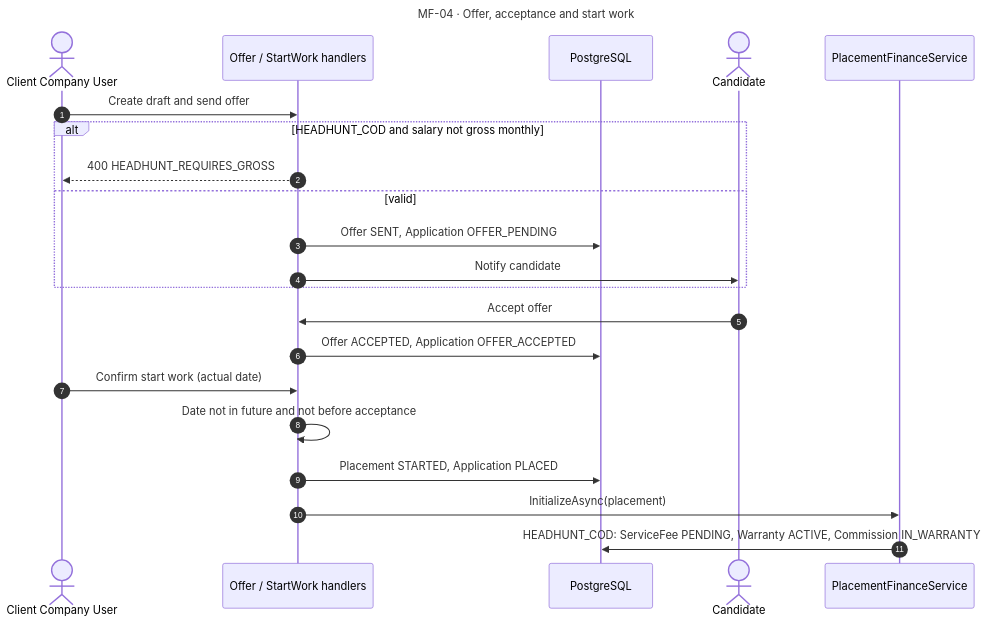
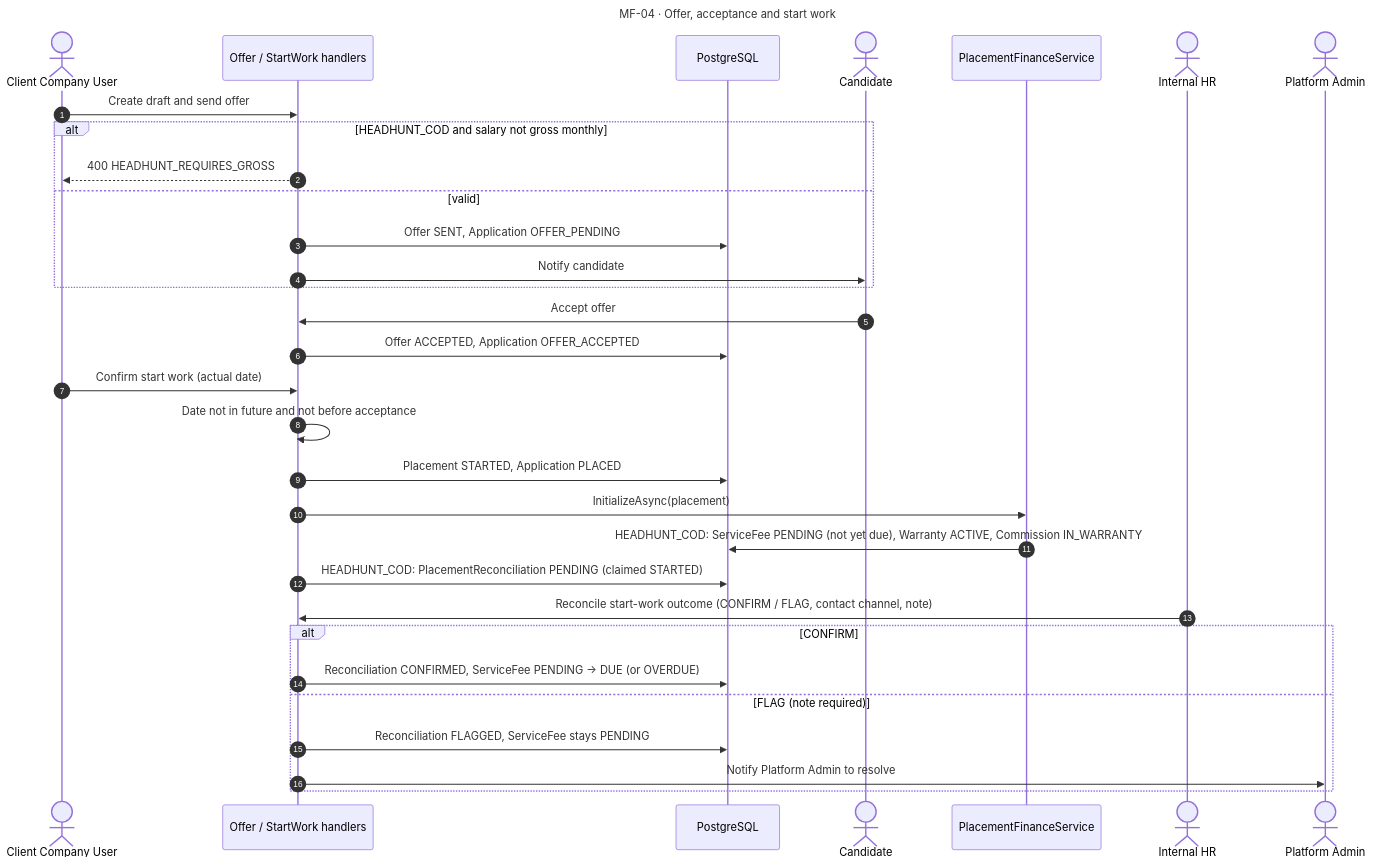
One commit to hoangqui794/hr-connect changed the diagram in docs/diagrams/sequences/source/seq-mf04-offer-start-work.mmd. Above: the diagram before and after it, drawn with Mermaid. The commit also changed 20 other files, not shown here.

First line of the commit message:
docs(diagrams): add placement reconciliation to MF-04/MF-05 diagrams and Report 4

```diff
--- a/docs/diagrams/sequences/source/seq-mf04-offer-start-work.mmd
+++ b/docs/diagrams/sequences/source/seq-mf04-offer-start-work.mmd
@@ -1,24 +1,34 @@
 ---
 title: MF-04 · Offer, acceptance and start work
 ---
 sequenceDiagram
   autonumber
   actor CL as Client Company User
   participant H as Offer / StartWork handlers
   participant DB as PostgreSQL
   actor CA as Candidate
   participant F as PlacementFinanceService
+  actor HR as Internal HR
+  actor AD as Platform Admin
   CL->>H: Create draft and send offer
   alt HEADHUNT_COD and salary not gross monthly
   H-->>CL: 400 HEADHUNT_REQUIRES_GROSS
   else valid
   H->>DB: Offer SENT, Application OFFER_PENDING
   H->>CA: Notify candidate
   end
   CA->>H: Accept offer
   H->>DB: Offer ACCEPTED, Application OFFER_ACCEPTED
   CL->>H: Confirm start work (actual date)
   H->>H: Date not in future and not before acceptance
   H->>DB: Placement STARTED, Application PLACED
   H->>F: InitializeAsync(placement)
-  F->>DB: HEADHUNT_COD: ServiceFee PENDING, Warranty ACTIVE, Commission IN_WARRANTY
+  F->>DB: HEADHUNT_COD: ServiceFee PENDING (not yet due), Warranty ACTIVE, Commission IN_WARRANTY
+  H->>DB: HEADHUNT_COD: PlacementReconciliation PENDING (claimed STARTED)
+  HR->>H: Reconcile start-work outcome (CONFIRM / FLAG, contact channel, note)
+  alt CONFIRM
+  H->>DB: Reconciliation CONFIRMED, ServiceFee PENDING → DUE (or OVERDUE)
+  else FLAG (note required)
+  H->>DB: Reconciliation FLAGGED, ServiceFee stays PENDING
+  H->>AD: Notify Platform Admin to resolve
+  end
```
